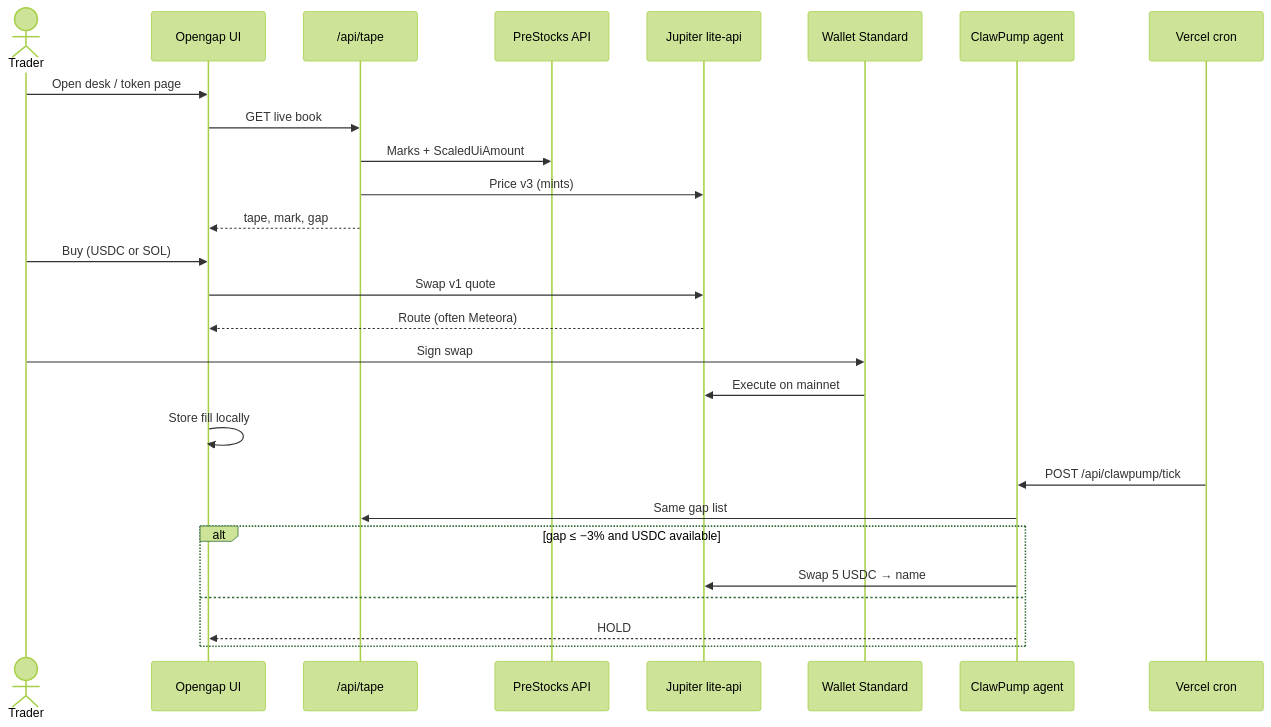
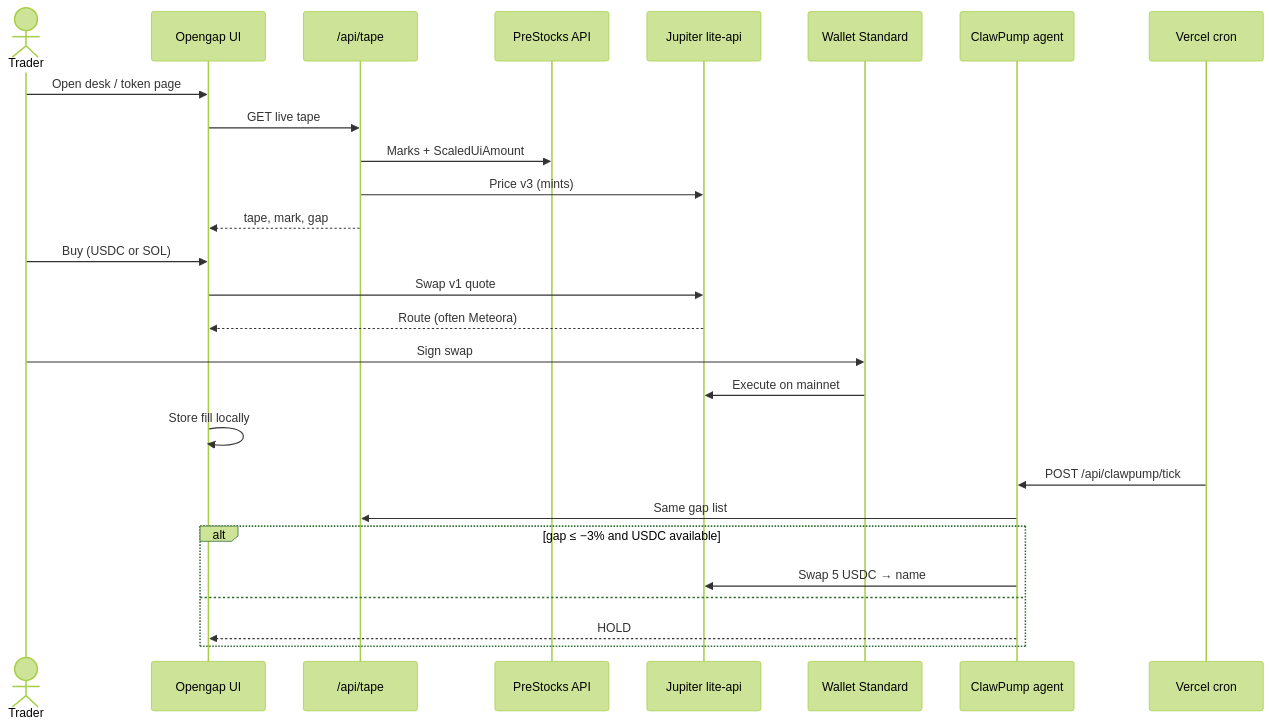
Before and after one commit to AmaanSayyad/OpenGap: the first of 8 diagrams in README.md, drawn with Mermaid (forest theme). The commit also changed other lines of this file and 15 other files, not shown here.

Commit message:
Publish live and GitHub links and explain tape, mark, and portfolio.

````diff
--- a/README.md
+++ b/README.md
@@ -90,31 +93,31 @@
 ```mermaid
 sequenceDiagram
   actor Trader
   participant UI as Opengap UI
   participant Tape as /api/tape
   participant Pre as PreStocks API
   participant Jup as Jupiter lite-api
   participant Wallet as Wallet Standard
   participant Agent as ClawPump agent
   participant Cron as Vercel cron
 
   Trader->>UI: Open desk / token page
-  UI->>Tape: GET live book
+  UI->>Tape: GET live tape
   Tape->>Pre: Marks + ScaledUiAmount
   Tape->>Jup: Price v3 (mints)
   Tape-->>UI: tape, mark, gap
   Trader->>UI: Buy (USDC or SOL)
   UI->>Jup: Swap v1 quote
   Jup-->>UI: Route (often Meteora)
   Trader->>Wallet: Sign swap
   Wallet->>Jup: Execute on mainnet
   UI->>UI: Store fill locally
 
   Cron->>Agent: POST /api/clawpump/tick
   Agent->>Tape: Same gap list
   alt gap ≤ −3% and USDC available
     Agent->>Jup: Swap 5 USDC → name
   else
     Agent-->>UI: HOLD
   end
 ```
````
